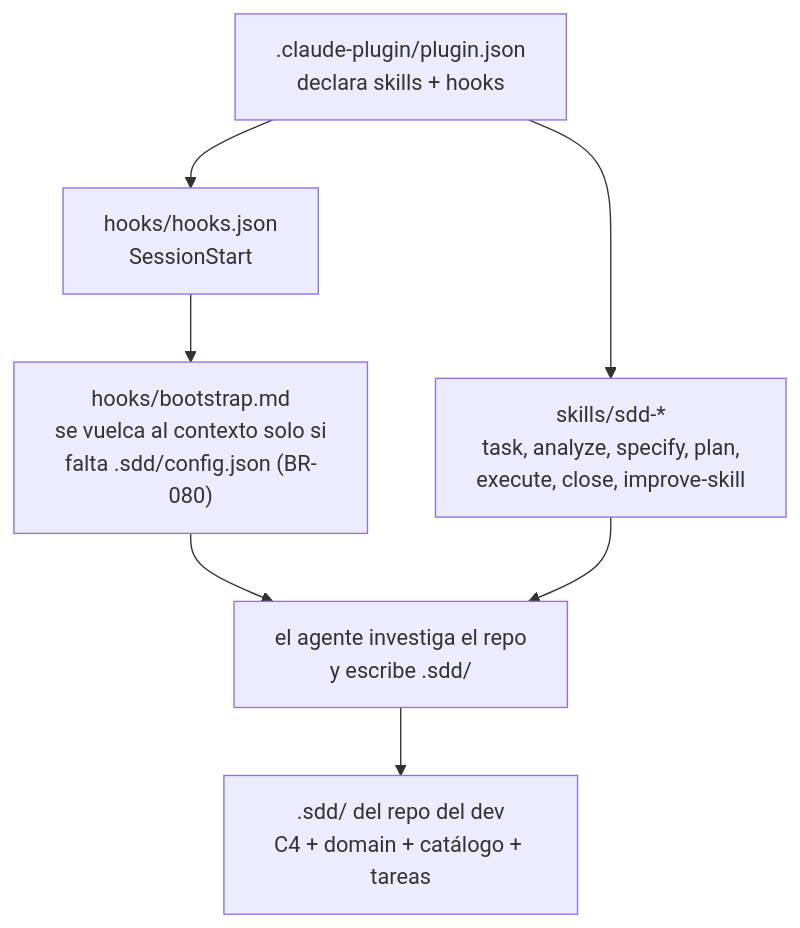
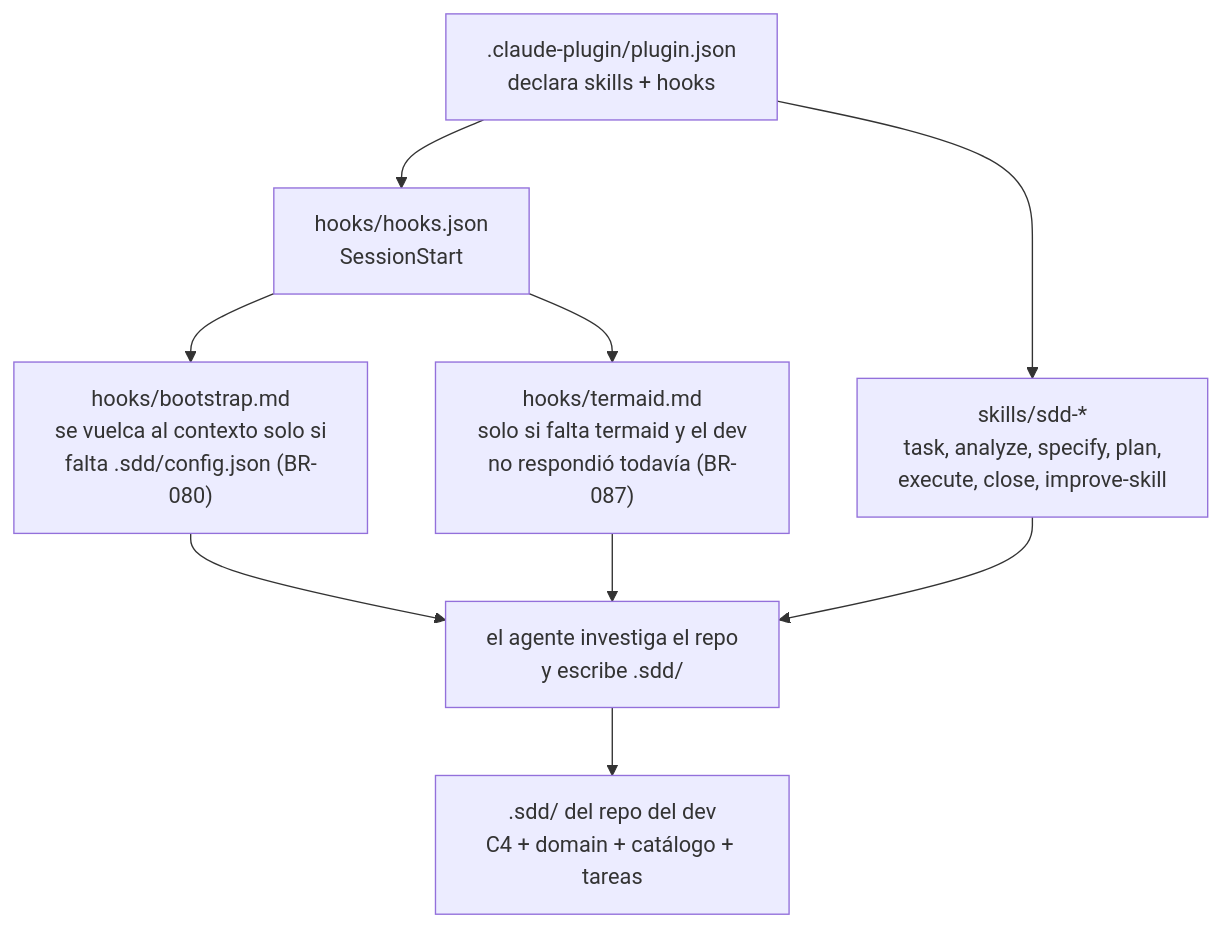
The first of 2 diagrams in .sdd/c4/components.md (ezepaskana/sddkit), drawn with Mermaid before and after one commit. The commit also changed other lines of this file and 29 other files, not shown here.

First line of the commit message:
feat(flujo): artefactos que entran en la terminal, con mermaid renderizado

````diff
--- a/.sdd/c4/components.md
+++ b/.sdd/c4/components.md
@@ -12,9 +12,11 @@
 ```mermaid
 flowchart TD
   manifest[".claude-plugin/plugin.json<br/>declara skills + hooks"] --> skills["skills/sdd-*<br/>task, analyze, specify, plan,<br/>execute, close, improve-skill"]
   manifest --> hooks["hooks/hooks.json<br/>SessionStart"]
   hooks --> boot["hooks/bootstrap.md<br/>se vuelca al contexto solo si<br/>falta .sdd/config.json (BR-080)"]
+  hooks --> term["hooks/termaid.md<br/>solo si falta termaid y el dev<br/>no respondió todavía (BR-087)"]
   boot --> agente["el agente investiga el repo<br/>y escribe .sdd/"]
+  term --> agente
   skills --> agente
   agente --> estado[".sdd/ del repo del dev<br/>C4 + domain + catálogo + tareas"]
 ```
````
